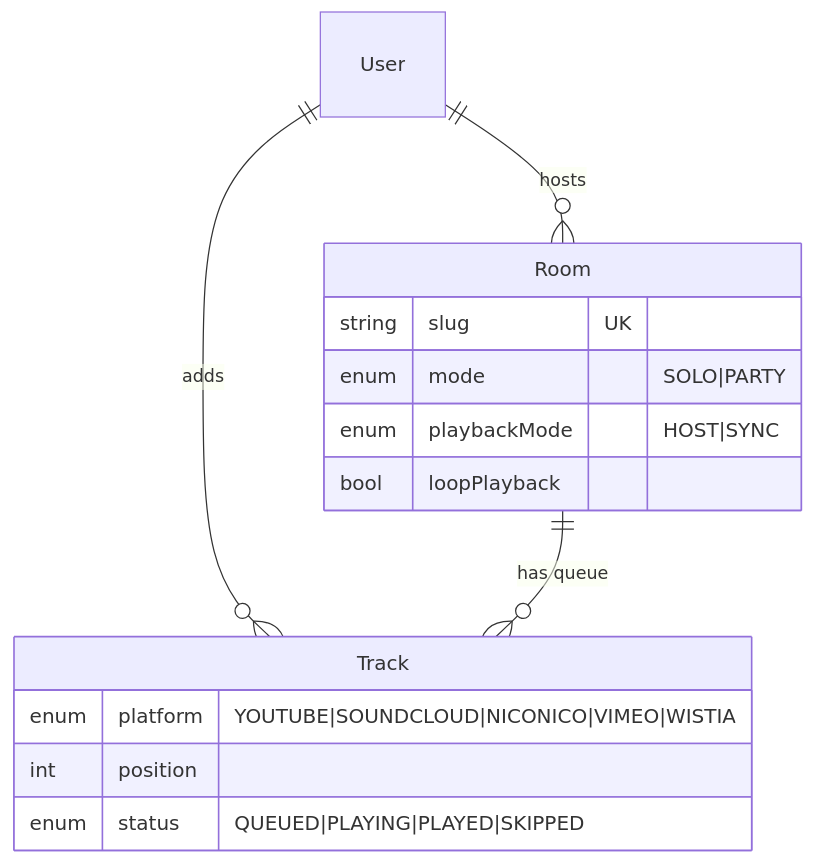
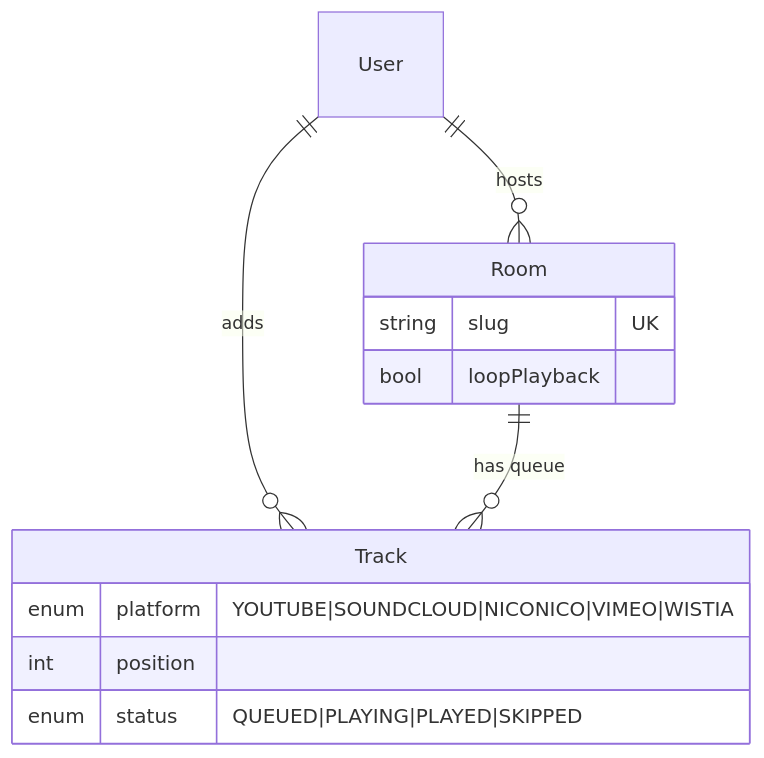
Before and after one commit to zagan-the-gun/XW-1: the third of 7 diagrams in docs/architecture.md, drawn with Mermaid. The commit also changed other lines of this file and 14 other files, not shown here.

````diff
--- a/docs/architecture.md
+++ b/docs/architecture.md
@@ -73,18 +73,16 @@
 ```mermaid
 erDiagram
     User ||--o{ Room : "hosts"
     User ||--o{ Track : "adds"
     Room ||--o{ Track : "has queue"
 
     Room {
         string slug UK
-        enum mode "SOLO|PARTY"
-        enum playbackMode "HOST|SYNC"
         bool loopPlayback
     }
     Track {
         enum platform "YOUTUBE|SOUNDCLOUD|NICONICO|VIMEO|WISTIA"
         int position
         enum status "QUEUED|PLAYING|PLAYED|SKIPPED"
     }
 ```
````
